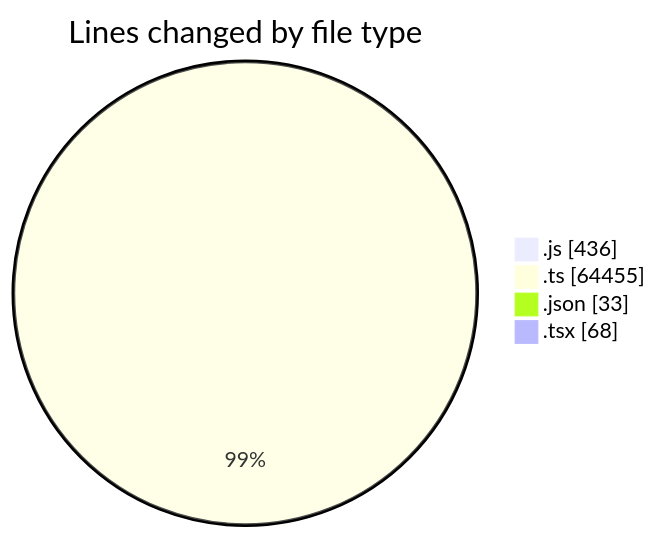
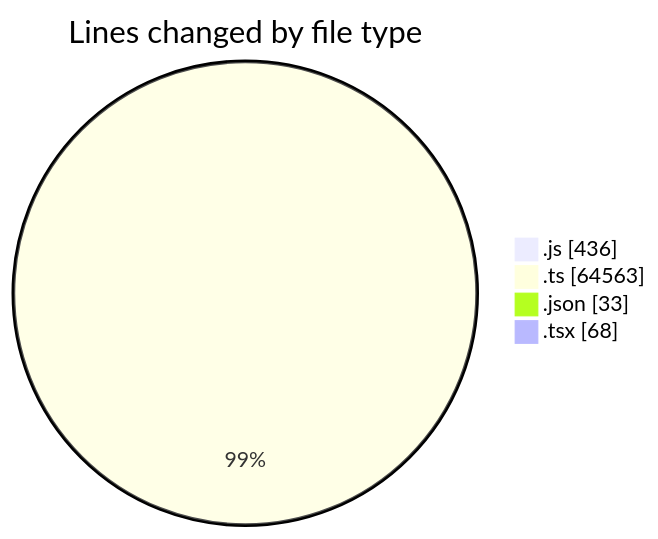
Before and after one commit to momahboobian/code-tracking: the first of 2 diagrams in 2026-07-27/cda/README.md, drawn with Mermaid. The commit also changed other lines of this file and 1 other file, not shown here.

````diff
--- a/2026-07-27/cda/README.md
+++ b/2026-07-27/cda/README.md
@@ -33,8 +33,8 @@
 ```mermaid
 pie showData
 title Lines changed by file type
 ".js" : 436
-".ts" : 64455
+".ts" : 64563
 ".json" : 33
 ".tsx" : 68
 ```
````
